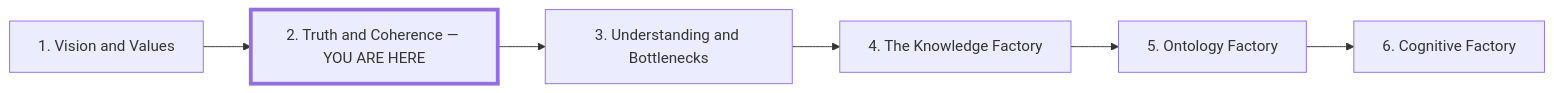
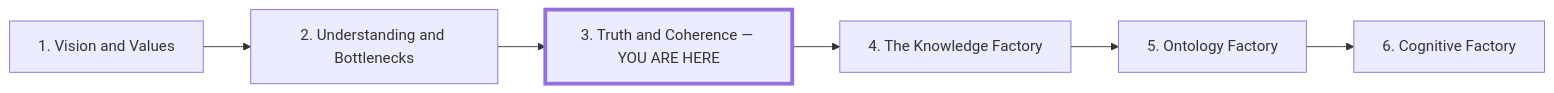
The diagram in libs/blogs/articles/truth-and-inference/draft/outline.md (th-m/th-m), drawn with Mermaid before and after one commit. The commit also changed other lines of this file and 23 other files, not shown here.

Commit message:
edit(ai-factory): place understanding before truth in series

````diff
--- a/libs/blogs/articles/truth-and-inference/draft/outline.md
+++ b/libs/blogs/articles/truth-and-inference/draft/outline.md
@@ -52,11 +53,11 @@
 ```mermaid
 flowchart LR
   V["1. Vision and Values"]
-  T["2. Truth and Coherence — YOU ARE HERE"]
-  U["3. Understanding and Bottlenecks"]
+  U["2. Understanding and Bottlenecks"]
+  T["3. Truth and Coherence — YOU ARE HERE"]
   K["4. The Knowledge Factory"]
   O["5. Ontology Factory"]
   C["6. Cognitive Factory"]
-  V --> T --> U --> K --> O --> C
+  V --> U --> T --> K --> O --> C
   style T stroke-width:4px
 ```
````
